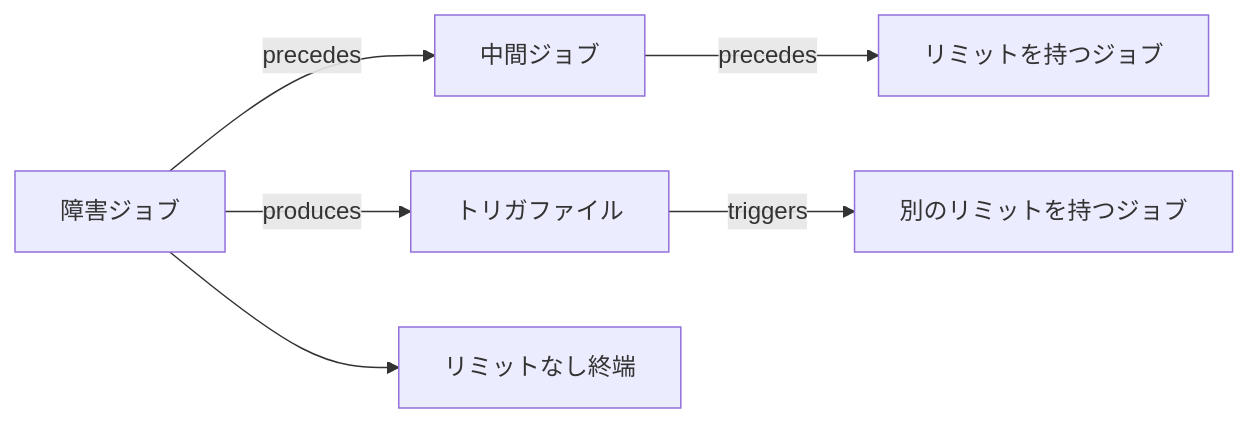
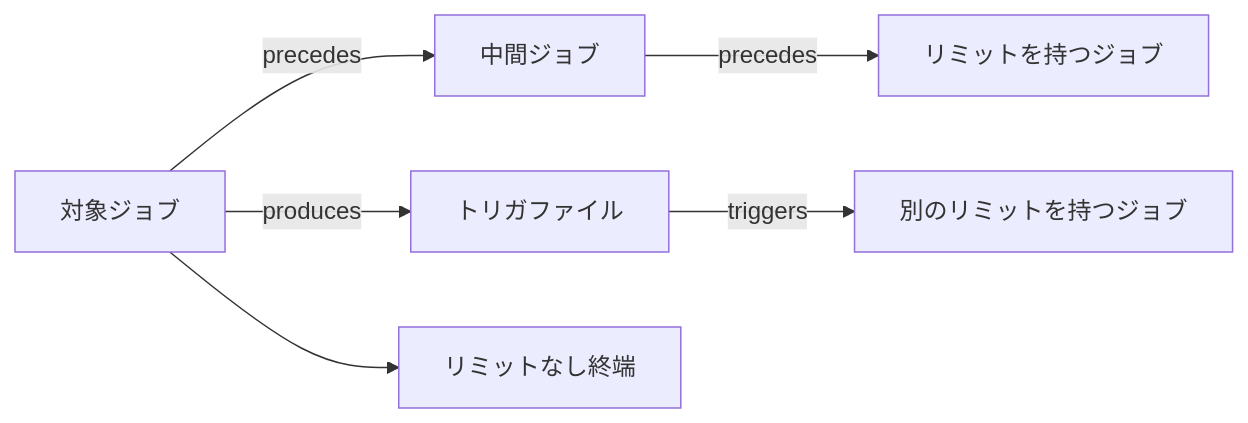
Before and after one commit to vnzzzz/batch-scope: the third of 4 diagrams in docs/design/dependency-analysis.md, drawn with Mermaid. The commit also changed other lines of this file and 16 other files, not shown here.

````diff
--- a/docs/design/dependency-analysis.md
+++ b/docs/design/dependency-analysis.md
@@ -119,8 +135,8 @@
 ```mermaid
 flowchart LR
-    T[障害ジョブ] -->|precedes| A[中間ジョブ]
+    T[対象ジョブ] -->|precedes| A[中間ジョブ]
     A -->|precedes| L1[リミットを持つジョブ]
     T -->|produces| F[トリガファイル]
     F -->|triggers| L2[別のリミットを持つジョブ]
     T --> X[リミットなし終端]
 ```
````
